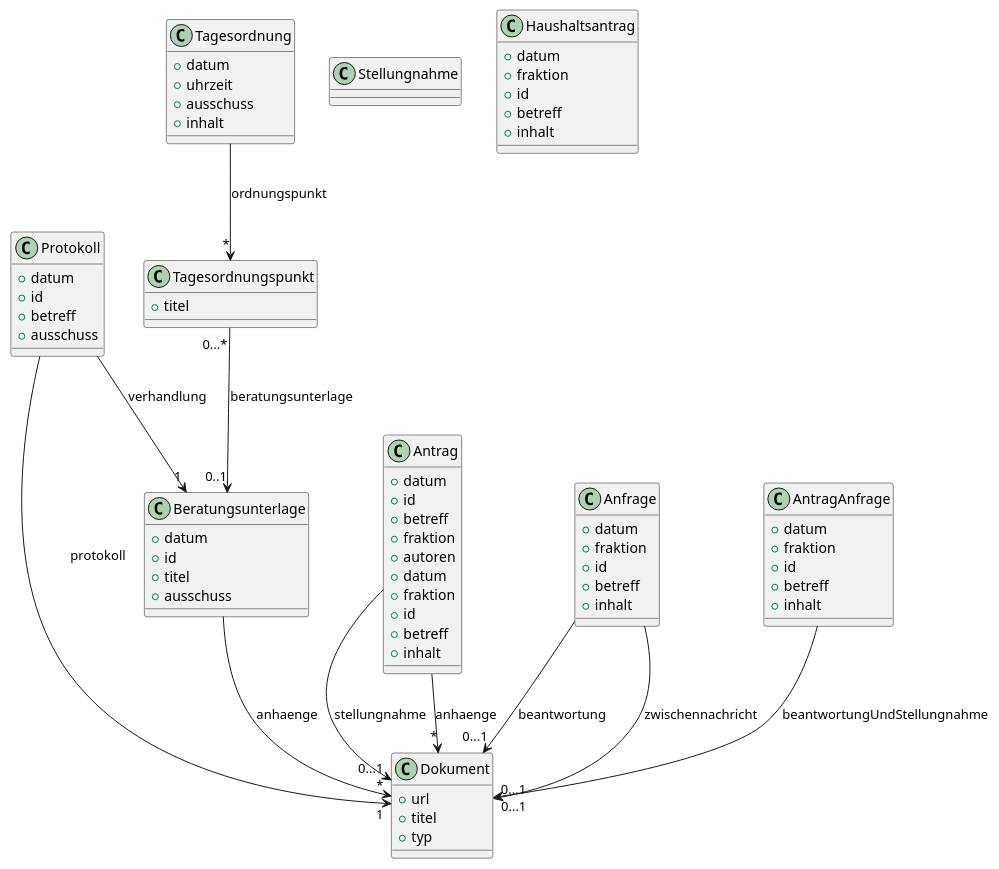
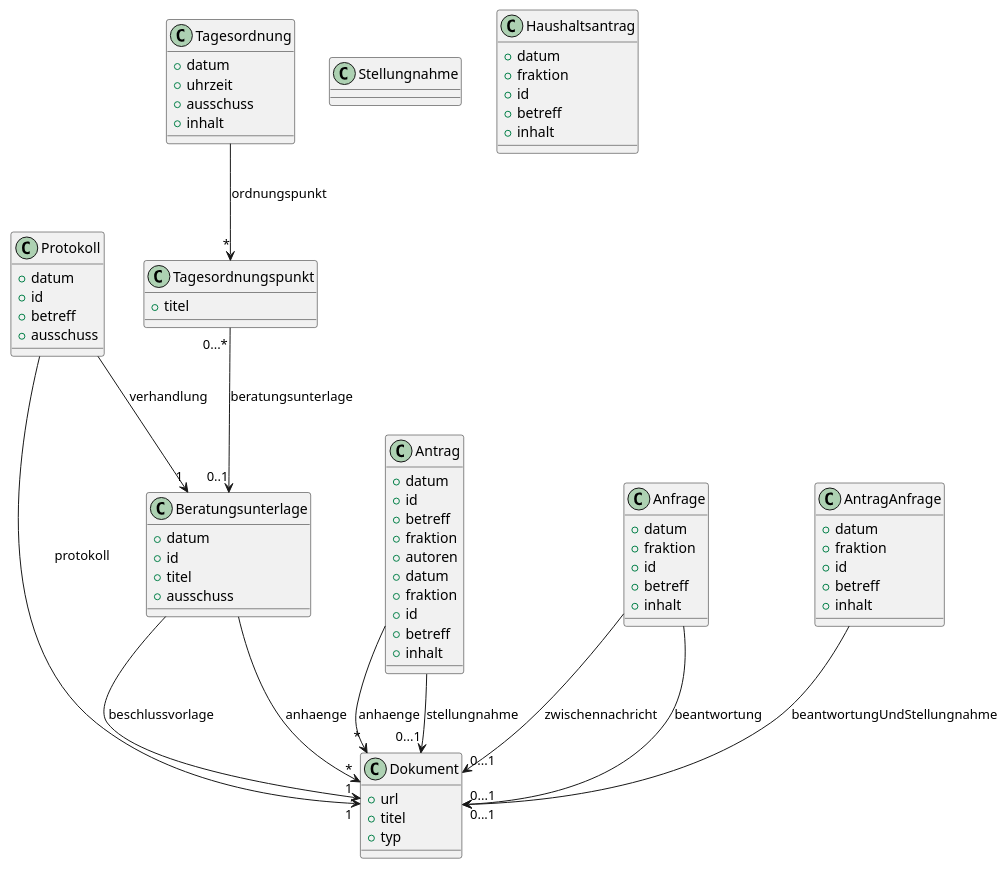
Before and after one commit to akramer-zibra/einblick-stuttgart: the diagram in doc/plantuml/datenmodell.puml, drawn with PlantUML.

Commit message:
Ergänzt Verbindung zwischen Beratungsunterlage und Dokument

```diff
--- a/doc/plantuml/datenmodell.puml
+++ b/doc/plantuml/datenmodell.puml
@@ -1,166 +1,167 @@
 @startuml Datenressourcen
 
 /'
 Beispiel
   Datum:        27.09.2019
   Id:           GRDrs 975/2019
   Titel:        Weltklima in Not -Stuttgart handeltAktionsprogramm Klimaschutz 
                 -Verwendung des Klimaschutzfonds
   Ausschuss:    Ausschuss für Klima und Umwelt
 
 Zusammengesetzte Werte
     Bezeichnung:    Drucksache 975/2019
     Suchergebnis:   Weltklima in Not - Stuttgart handelt Aktionsprogramm Klimaschutz - Verwendung des Klimaschutzfonds
                     Ausschuss für Klima und Umwelt 
 '/
 class Beratungsunterlage {
     +datum
     +id
     +titel
     +ausschuss
 }
+Beratungsunterlage --> "1" Dokument : beschlussvorlage
 Beratungsunterlage --> "*" Dokument : anhaenge
 
 /'
 Beispiel
   Datum:        24.07.2019
   Identifier:   414
   Betreff:      Aufstellung Jahresabschluss 2018
   Ausschuss:    Verwaltungsausschussdes Gemeinderats der Landeshauptstadt Stuttgart
 
 Zusammengesetzte Werte
     Bezeichnung:    Top 1a - NsNr 414
     Titel:          Aufstellung Jahresabschluss 2018
                     Verwaltungsausschuss 
 '/
 class Protokoll {
     +datum
     +id
     +betreff
     +ausschuss
 }
 Protokoll --> "1" Dokument : protokoll
 Protokoll --> "1" Beratungsunterlage : verhandlung
 
 /'
 Beispiel 
   Datum:        24.10.2019
   Id:           1191/2019
   Betreff:      Aktionsprogramm Klimaschutz
                 Wenn´s den Baum dürstet – gießen 
   Fraktion:     Bündnis 90/DIE GRÜNEN-Gemeinderatsfraktion
   Autoren:      Gabriele Nuber-Schöllhammer Andreas Winter
 
 Zusammengesetzte Werte...
   Bezeichnung:  AntragsNr. 1191/2019
   Titel:        Aktionsprogramm Klimaschutz Wenn´s den Baum dürstet – gießen
                 Bündnis 90/DIE GRÜNEN-Gemeinderatsfraktion 
 '/
 class Antrag {
     +datum
     +id
     +betreff
     +fraktion
     +autoren
 }
 Antrag --> "*" Dokument : anhaenge
 
 'Stellungnahme ist noch nicht analysiert
 class Stellungnahme {
 }
 
 /'
 Beispiel
   Datum:        18.10.2019
   Uhrzeit:      08:30
   Ausschuss:    Ausschuss für Klima und Umwelt
   Inhalt:       ... 
                 1 Weltklima in Not - Stuttgart handelt
                 Aktionsprogramm Klimaschutz - Verwendung des Klimaschutzfonds
                 - Beratung -
                 Beratungsunterlagen
 
                 2 Schnell, deutliche Schritte beim Klimawandel: Was tut Stuttgart bisher?
                 Antrag 274/2019 vom 17.09.2019 der SPD-Gemeinderatsfraktion
                 - mündlicher Bericht -
 
 Tagesordnung besteht aus Text mit Links
 '/
 class Tagesordnung {
     +datum
     +uhrzeit
     +ausschuss
     +inhalt
 }
 Tagesordnung --> "*" Tagesordnungspunkt : ordnungspunkt
 
 class Tagesordnungspunkt {
     +titel
 }
 Tagesordnungspunkt "0...*" --> "0..1" Beratungsunterlage : beratungsunterlage
 
 /'
 Beispiel
     url: 
     titel:
     typ: application/pdf, text/plain
 '/
 class Dokument {
     +url
     +titel
     +typ      
 }
 
 /'
 Beispiel
   https://www.domino1.stuttgart.de/web/ksd/KSDRedSystem.nsf/ae7aefac3711e63fc1257c67004d7347/b665a8da1aa9f789c125849d00212753?OpenDocument
 '/
 class Haushaltsantrag {
     +datum
     +fraktion
     +id
     +betreff
     +inhalt
 }
 
 /'
 Beispiel
   https://www.domino1.stuttgart.de/web/ksd/KSDRedSystem.nsf/ae7aefac3711e63fc1257c67004d7347/14af3f9c529bee2cc125821600423182?OpenDocument
 '/
 class Anfrage {
     +datum
     +fraktion
     +id
     +betreff
     +inhalt
 }
 Anfrage --> "0...1" Dokument: zwischennachricht
 Anfrage --> "0...1" Dokument: beantwortung
 
 /'
 Beispiel: 
   https://www.domino1.stuttgart.de/web/ksd/KSDRedSystem.nsf/ae7aefac3711e63fc1257c67004d7347/c8806a97487617bac125822d002c193d?OpenDocument
 '/
 class Antrag {
     +datum
     +fraktion
     +id
     +betreff
     +inhalt
 }
 Antrag --> "0...1" Dokument: stellungnahme
 
 /'
 Beispiel
   https://www.domino1.stuttgart.de/web/ksd/KSDRedSystem.nsf/ae7aefac3711e63fc1257c67004d7347/e8913e5cb4af10d1c125824e002c6b1f?OpenDocument
 '/
 class AntragAnfrage {
     +datum
     +fraktion
     +id
     +betreff
     +inhalt
 }
 AntragAnfrage --> "0...1" Dokument: beantwortungUndStellungnahme
 
 @enduml
```
